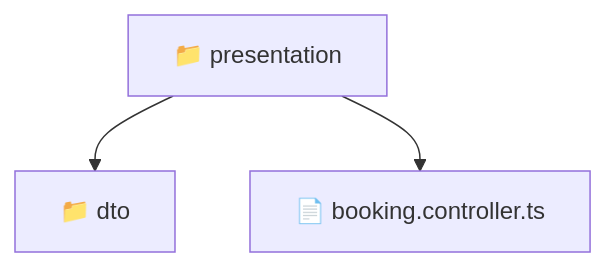
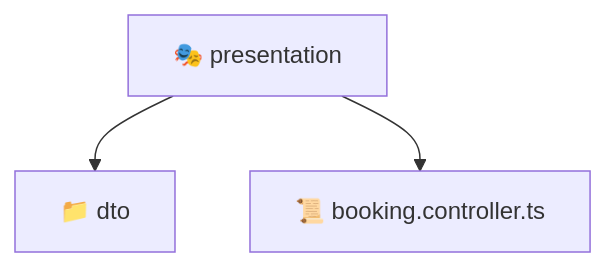
The diagram in backend/src/modules/booking/presentation/README.md (beginwebdev2002/fullstack-mavluda), drawn with Mermaid before and after one commit. The commit also changed other lines of this file and 163 other files, not shown here.

````diff
--- a/backend/src/modules/booking/presentation/README.md
+++ b/backend/src/modules/booking/presentation/README.md
@@ -9,6 +9,6 @@
 ```mermaid
 graph TD
-  Root["📁 presentation"]
-  Root --> dto["📁 dto"]
-  Root --> booking_controller_ts["📄 booking.controller.ts"]
+  presentation["🎭 presentation"]
+  presentation --> dto["📁 dto"]
+  presentation --> booking_controller_ts["📜 booking.controller.ts"]
 ```
````
